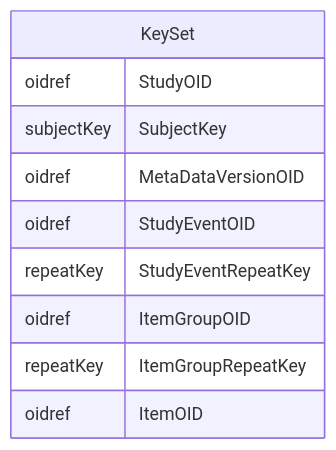
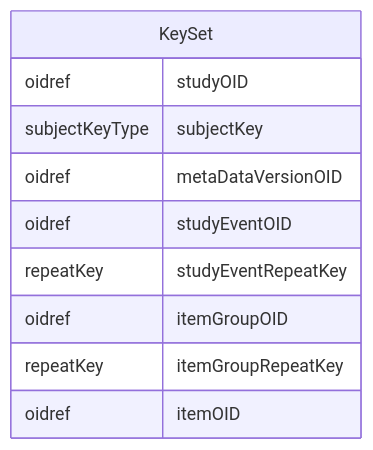
Before and after one commit to cdisc-org/DataExchange-ODM-LinkML: the diagram in docs/KeySet.md, drawn with Mermaid. The commit also changed other lines of this file and 759 other files, not shown here.

````diff
--- a/docs/KeySet.md
+++ b/docs/KeySet.md
@@ -11,16 +11,16 @@
 ```mermaid
 erDiagram
 KeySet {
-    oidref StudyOID  
-    subjectKey SubjectKey  
-    oidref MetaDataVersionOID  
-    oidref StudyEventOID  
-    repeatKey StudyEventRepeatKey  
-    oidref ItemGroupOID  
-    repeatKey ItemGroupRepeatKey  
-    oidref ItemOID  
+    oidref studyOID  
+    subjectKeyType subjectKey  
+    oidref metaDataVersionOID  
+    oidref studyEventOID  
+    repeatKey studyEventRepeatKey  
+    oidref itemGroupOID  
+    repeatKey itemGroupRepeatKey  
+    oidref itemOID  
 }
 
 
 
 ```
````
